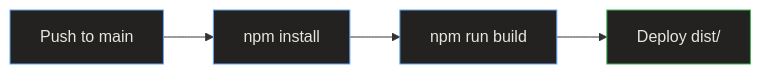
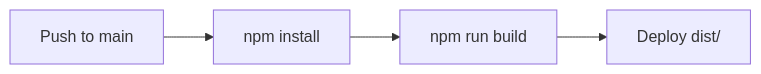
Before and after one commit to relukdev/doc-kit: the diagram in astro-site/src/content/docs/deployment.md, drawn with Mermaid. The commit also changed 48 other files, not shown here.

First line of the commit message:
fix: remove hard-coded Mermaid dark-mode colors, use native themes for light/dark

````diff
--- a/astro-site/src/content/docs/deployment.md
+++ b/astro-site/src/content/docs/deployment.md
@@ -103,11 +103,7 @@
 ```mermaid
 graph LR
-    style A fill:#232221,stroke:#60A5FA,color:#E8E5DF
-    style B fill:#232221,stroke:#60A5FA,color:#E8E5DF
-    style C fill:#232221,stroke:#60A5FA,color:#E8E5DF
-    style D fill:#232221,stroke:#3fb950,color:#E8E5DF
 
     A["Push to main"] --> B["npm install"]
     B --> C["npm run build"]
     C --> D["Deploy dist/"]
 ```
````
